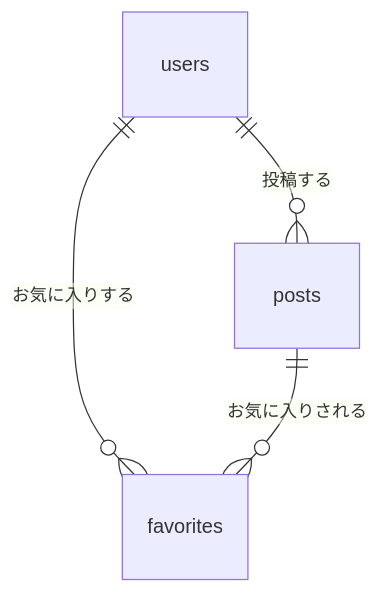
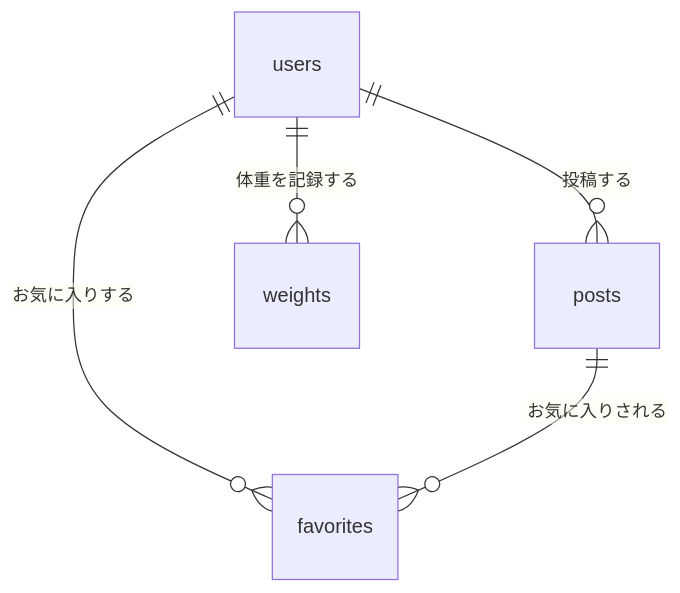
Before and after one commit to yunabuilds/gohan-log: the diagram in docs/02_database-design/table-definitions.md, drawn with Mermaid. The commit also changed other lines of this file and 5 other files, not shown here.

````diff
--- a/docs/02_database-design/table-definitions.md
+++ b/docs/02_database-design/table-definitions.md
@@ -77,6 +105,7 @@
 ```mermaid
 erDiagram
     users ||--o{ posts : "投稿する"
     users ||--o{ favorites : "お気に入りする"
     posts ||--o{ favorites : "お気に入りされる"
+    users ||--o{ weights : "体重を記録する"
 ```
````
